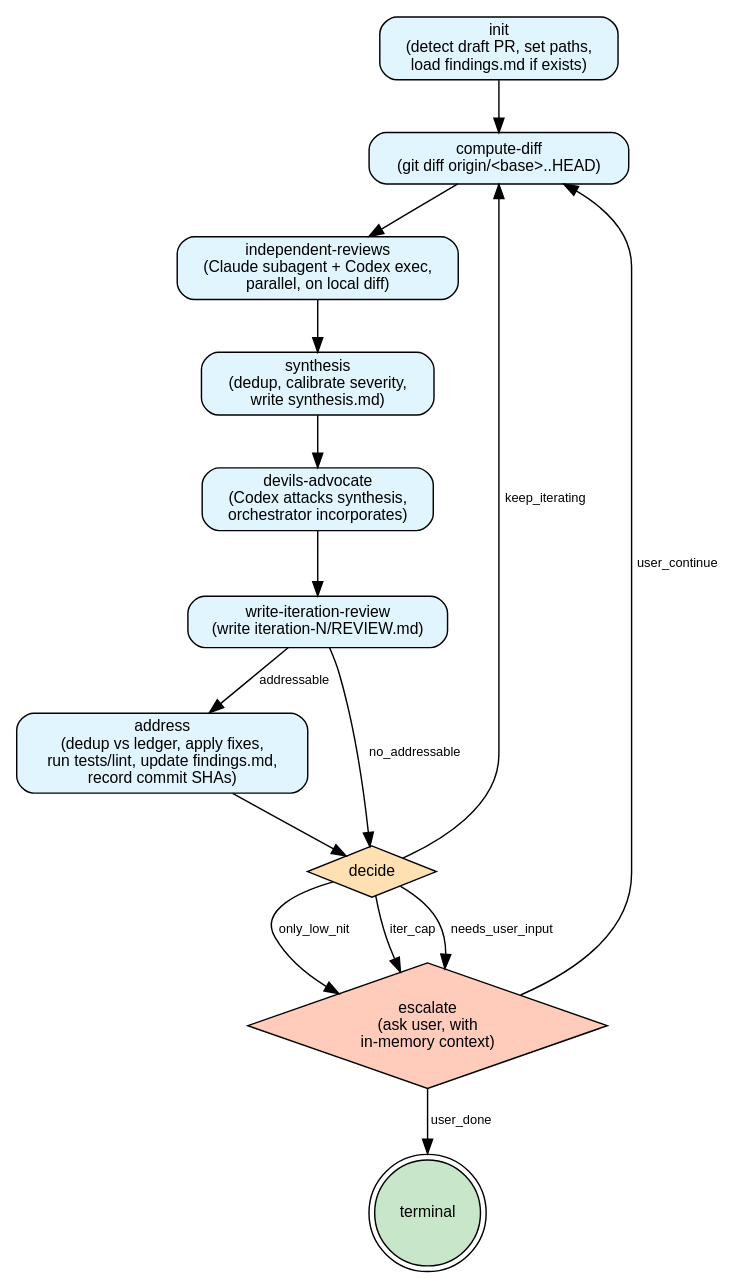
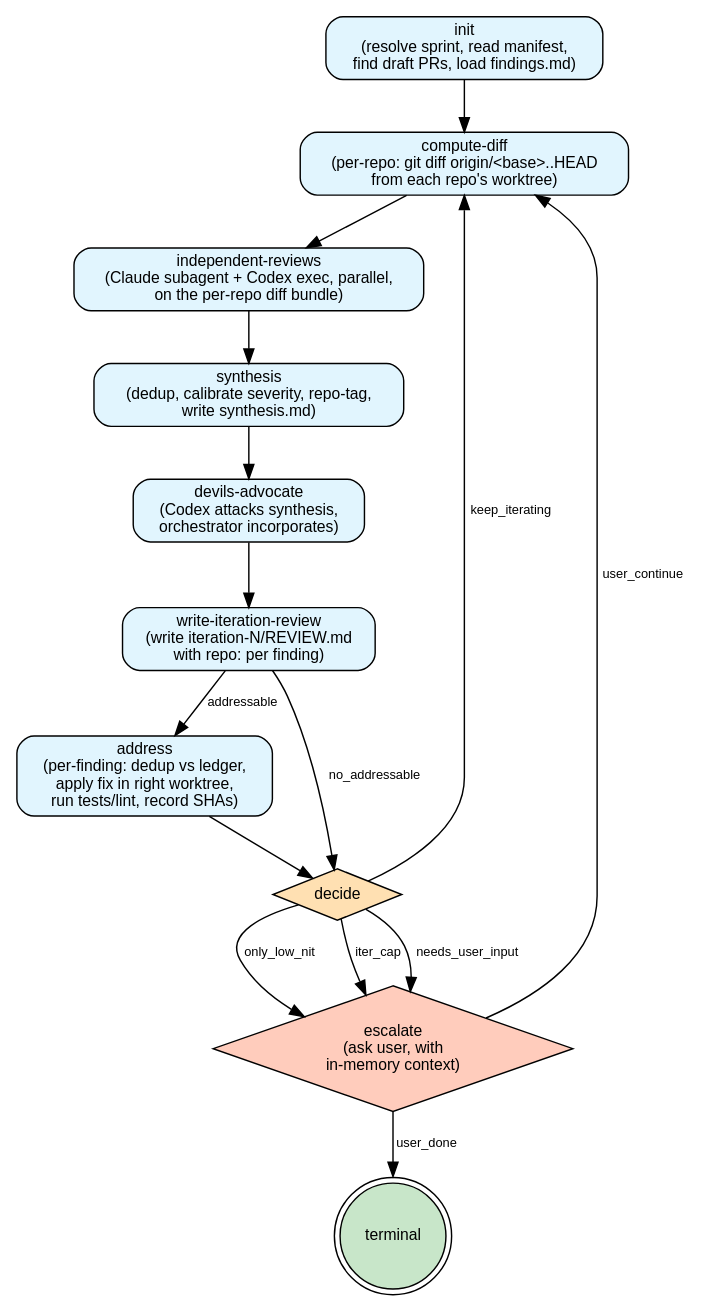
Before and after one commit to coreydaley/agent-config: the diagram in skills/sprint-self-review/graph.dot, drawn with Graphviz. The commit also changed 58 other files, not shown here.

First line of the commit message:
feat(skills): sync sprint-workflow updates and dot-graph refactors

```diff
--- a/skills/sprint-self-review/graph.dot
+++ b/skills/sprint-self-review/graph.dot
@@ -1,76 +1,76 @@
 // Sprint Self-Review state machine.
 //
 // Source of truth for the /sprint-self-review skill's flow. The walker
 // (Claude, per SKILL.md) reads each node's prose from nodes/<id>.md,
 // performs the work, evaluates the outgoing edges' conditions against
 // the current state (primarily findings.md), and transitions.
 //
 // Per-iteration review pipeline mirrors /review-pr-comprehensive: two
 // fresh worker reviewers in parallel (Claude subagent + Codex exec),
 // orchestrator-side synthesis, Codex devil's-advocate pass, then the
 // final iteration REVIEW.md flows into address. The orchestrator
 // itself never reviews — it only synthesizes and incorporates.
 //
 // Render to SVG with scripts/render.sh. Validate with scripts/validate.py.
 
 digraph sprint_self_review {
     rankdir=TB;
     bgcolor="white";
     node  [fontname="Helvetica", fontsize=11];
     edge  [fontname="Helvetica", fontsize=9];
 
     // -- Process nodes (rounded boxes, light blue) ----------------------
     init                   [shape=box, style="rounded,filled", fillcolor="#e1f5fe",
-                            label="init\n(detect draft PR, set paths,\nload findings.md if exists)"];
+                            label="init\n(resolve sprint, read manifest,\nfind draft PRs, load findings.md)"];
     compute_diff           [shape=box, style="rounded,filled", fillcolor="#e1f5fe",
-                            label="compute-diff\n(git diff origin/<base>..HEAD)"];
+                            label="compute-diff\n(per-repo: git diff origin/<base>..HEAD\nfrom each repo's worktree)"];
     independent_reviews    [shape=box, style="rounded,filled", fillcolor="#e1f5fe",
-                            label="independent-reviews\n(Claude subagent + Codex exec,\nparallel, on local diff)"];
+                            label="independent-reviews\n(Claude subagent + Codex exec, parallel,\non the per-repo diff bundle)"];
     synthesis              [shape=box, style="rounded,filled", fillcolor="#e1f5fe",
-                            label="synthesis\n(dedup, calibrate severity,\nwrite synthesis.md)"];
+                            label="synthesis\n(dedup, calibrate severity, repo-tag,\nwrite synthesis.md)"];
     devils_advocate        [shape=box, style="rounded,filled", fillcolor="#e1f5fe",
                             label="devils-advocate\n(Codex attacks synthesis,\norchestrator incorporates)"];
     write_iteration_review [shape=box, style="rounded,filled", fillcolor="#e1f5fe",
-                            label="write-iteration-review\n(write iteration-N/REVIEW.md)"];
+                            label="write-iteration-review\n(write iteration-N/REVIEW.md\nwith repo: per finding)"];
     address                [shape=box, style="rounded,filled", fillcolor="#e1f5fe",
-                            label="address\n(dedup vs ledger, apply fixes,\nrun tests/lint, update findings.md,\nrecord commit SHAs)"];
+                            label="address\n(per-finding: dedup vs ledger,\napply fix in right worktree,\nrun tests/lint, record SHAs)"];
 
     // -- Decision nodes (diamonds) -------------------------------------
     decide                 [shape=diamond, style=filled, fillcolor="#ffe0b2",
                             label="decide"];
     escalate               [shape=diamond, style=filled, fillcolor="#ffccbc",
                             label="escalate\n(ask user, with\nin-memory context)"];
 
     // -- Terminal node (green double-circle) ---------------------------
     terminal               [shape=doublecircle, style=filled, fillcolor="#c8e6c9",
                             label="terminal"];
 
     // -- Edges ---------------------------------------------------------
     // Single-outgoing edges (no condition needed).
     init                   -> compute_diff;
     compute_diff           -> independent_reviews;
     independent_reviews    -> synthesis;
     synthesis              -> devils_advocate;
     devils_advocate        -> write_iteration_review;
     address                -> decide;
 
     // write-iteration-review: branch on whether there's anything to address.
     write_iteration_review -> address [label="addressable"];
     write_iteration_review -> decide  [label="no_addressable"];
 
     // decide: route based on findings state and iteration count.
     // All gates that require user input go through escalate. The escalate
     // node composes its in-memory prompt from findings.md — no persisted
     // summary file, since findings.md is already the rolling ledger.
     // keep_iterating loops through compute-diff so each iteration sees a
     // fresh diff against the working tree (post-address fixes).
     decide                 -> compute_diff [label="keep_iterating"];
     decide                 -> escalate     [label="only_low_nit"];
     decide                 -> escalate     [label="iter_cap"];
     decide                 -> escalate     [label="needs_user_input"];
 
     // escalate: user gates the next move. user_continue also goes through
     // compute-diff so the next iteration's review reflects current state.
     escalate               -> compute_diff [label="user_continue"];
     escalate               -> terminal     [label="user_done"];
 }
```
